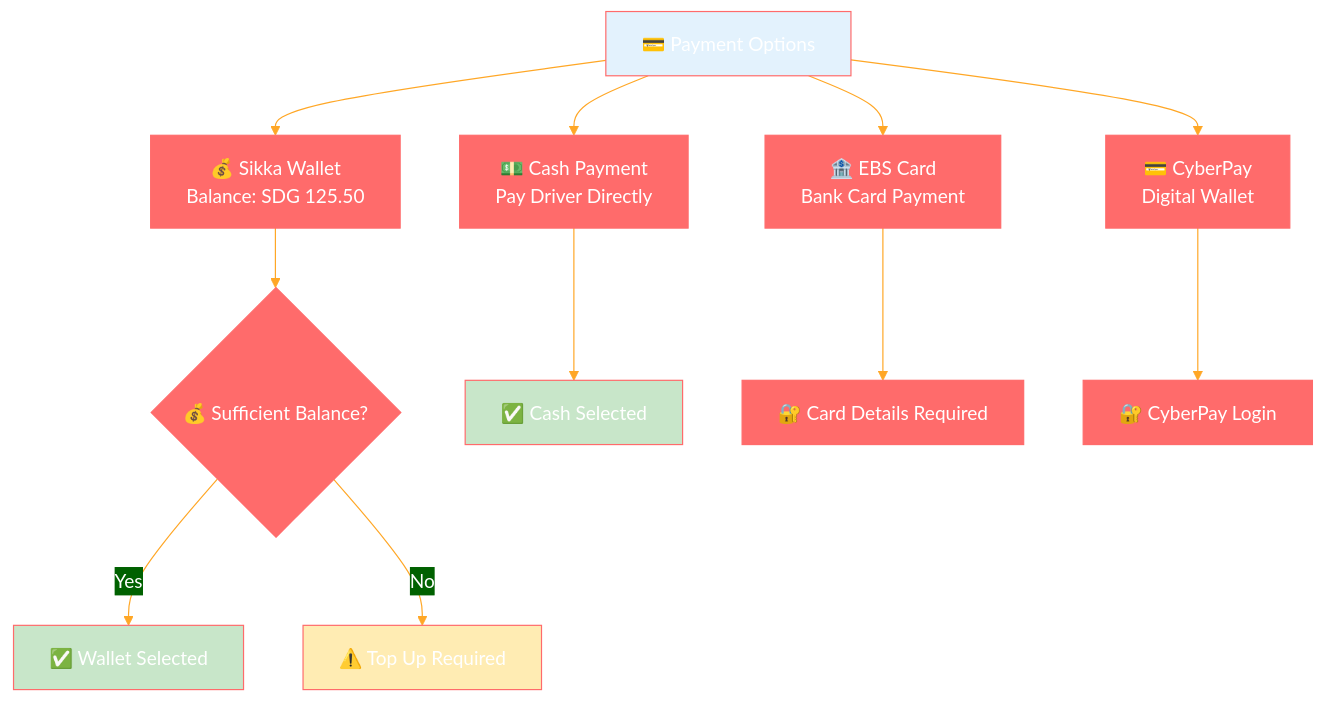
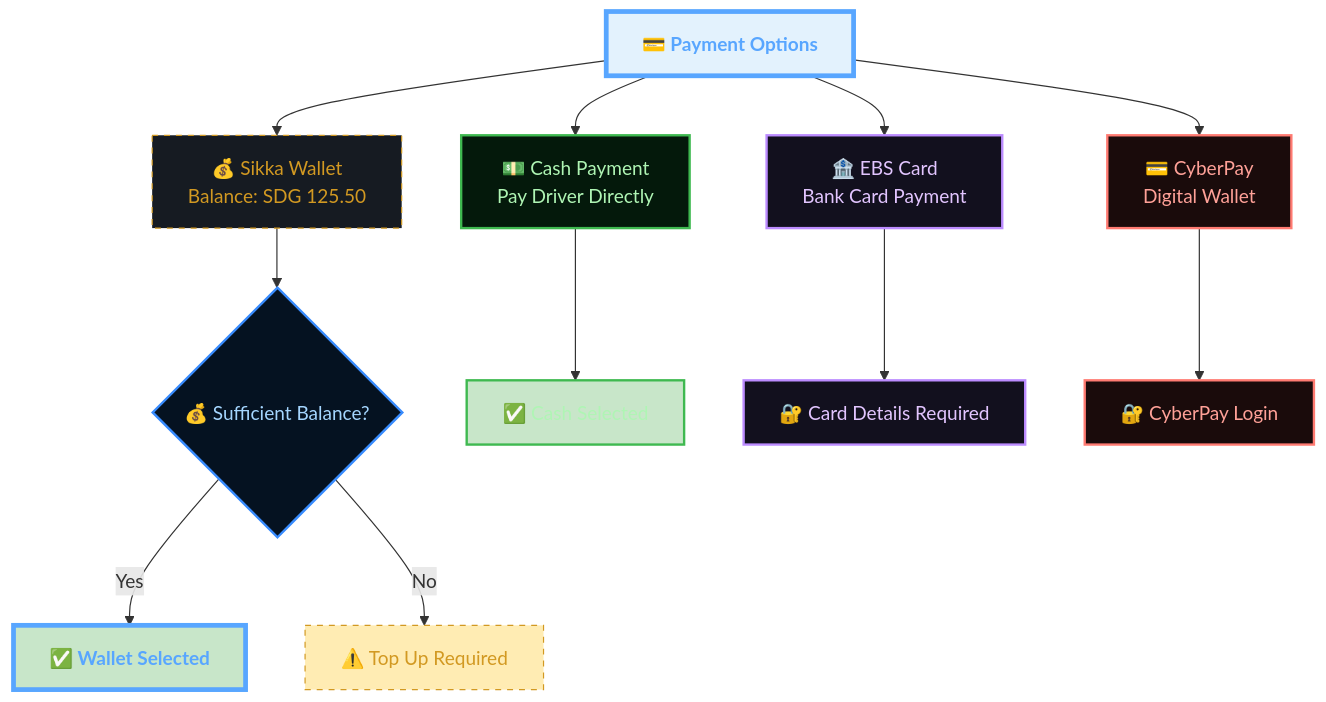
One commit to abdoElHodaky/transportapp changed the sixth of 19 diagrams in docs/user-journeys/passenger-flow.md. Above: the diagram before and after it, drawn with Mermaid. The commit also changed other lines of this file and 9 other files, not shown here.

````diff
--- a/docs/user-journeys/passenger-flow.md
+++ b/docs/user-journeys/passenger-flow.md
@@ -215,21 +365,54 @@
 ```mermaid
-%%{init: {'theme':'base', 'themeVariables': {'primaryColor':'#ff6b6b','primaryTextColor':'#fff','primaryBorderColor':'#ff6b6b','lineColor':'#ffa726','sectionBkgColor':'#ff6b6b','altSectionBkgColor':'#fff','gridColor':'#fff','secondaryColor':'#006100','tertiaryColor':'#fff'}}}%%
 graph TB
     A[💳 Payment Options] --> B[💰 Sikka Wallet<br/>Balance: SDG 125.50]
     A --> C[💵 Cash Payment<br/>Pay Driver Directly]
     A --> D[🏦 EBS Card<br/>Bank Card Payment]
     A --> E[💳 CyberPay<br/>Digital Wallet]
     
     B --> F{💰 Sufficient Balance?}
     F -->|Yes| G[✅ Wallet Selected]
     F -->|No| H[⚠️ Top Up Required]
     
     C --> I[✅ Cash Selected]
     D --> J[🔐 Card Details Required]
     E --> K[🔐 CyberPay Login]
     
     style A fill:#e3f2fd
     style G fill:#c8e6c9
     style I fill:#c8e6c9
     style H fill:#ffecb3
+
+    %% --- DARK GRADIENT & GLOW STYLING ---
+    
+    %% Main Dashboard (Neon Cyan/Blue)
+    classDef main fill:#0d1117,stroke:#58a6ff,stroke-width:4px,color:#58a6ff,font-weight:bold;
+    
+    %% Decision Diamond (Gold Glow)
+    classDef decision fill:#161b22,stroke:#d29922,color:#d29922,stroke-dasharray: 5 5;
+    
+    %% Revenue (Emerald Gradient Style)
+    classDef revNode fill:#04190b,stroke:#3fb950,color:#aff5b4,stroke-width:2px;
+    
+    %% Commission (Purple Gradient Style)
+    classDef commNode fill:#12101e,stroke:#bc8cff,color:#e2c5ff,stroke-width:2px;
+    
+    %% Refund (Ruby Gradient Style)
+    classDef refNode fill:#1a0b0b,stroke:#ff7b72,color:#ffa198,stroke-width:2px;
+    
+    %% Earnings (Sapphire Gradient Style)
+    classDef earnNode fill:#051221,stroke:#388bfd,color:#a5d6ff,stroke-width:2px;
+
+    class A main;
+    class B decision;
+    class C revNode;
+    class D commNode;
+    class E refNode;
+    class F earnNode;
+    class G main;
+    class H decision;
+    class I revNode;
+    class J commNode;
+    class K refNode;
+    class N earnNode;
+    class Y main;
 ```
````
